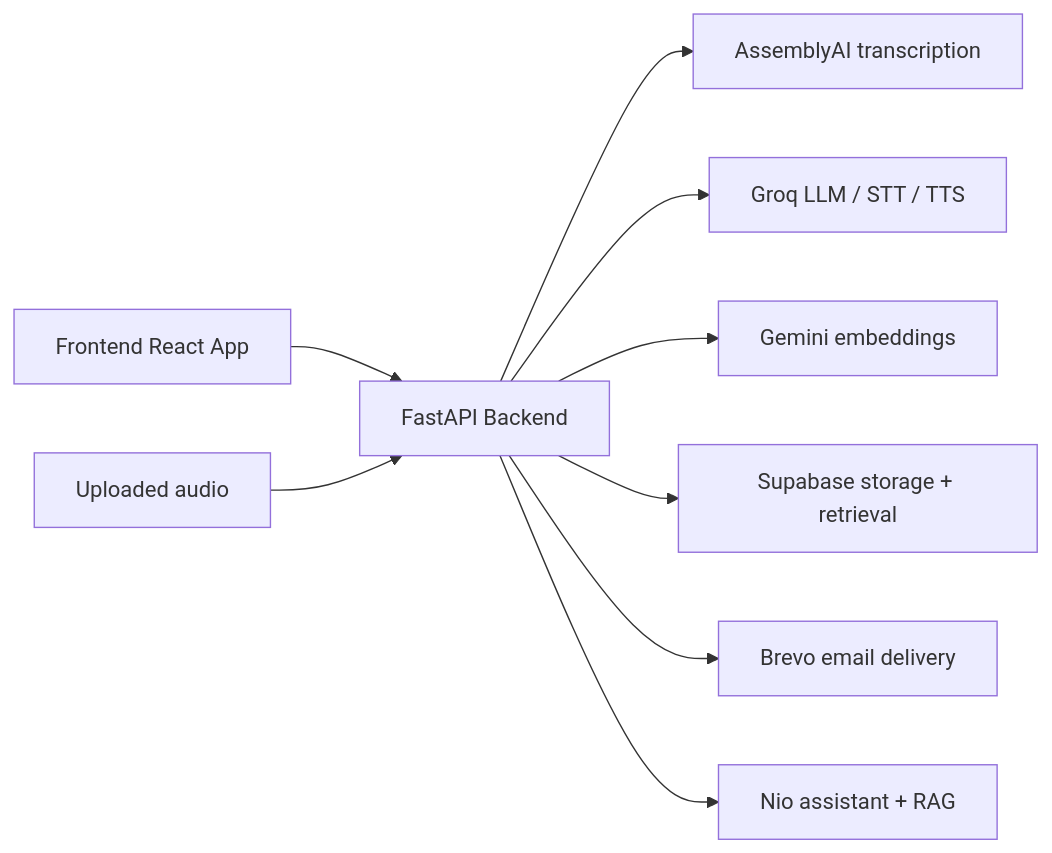
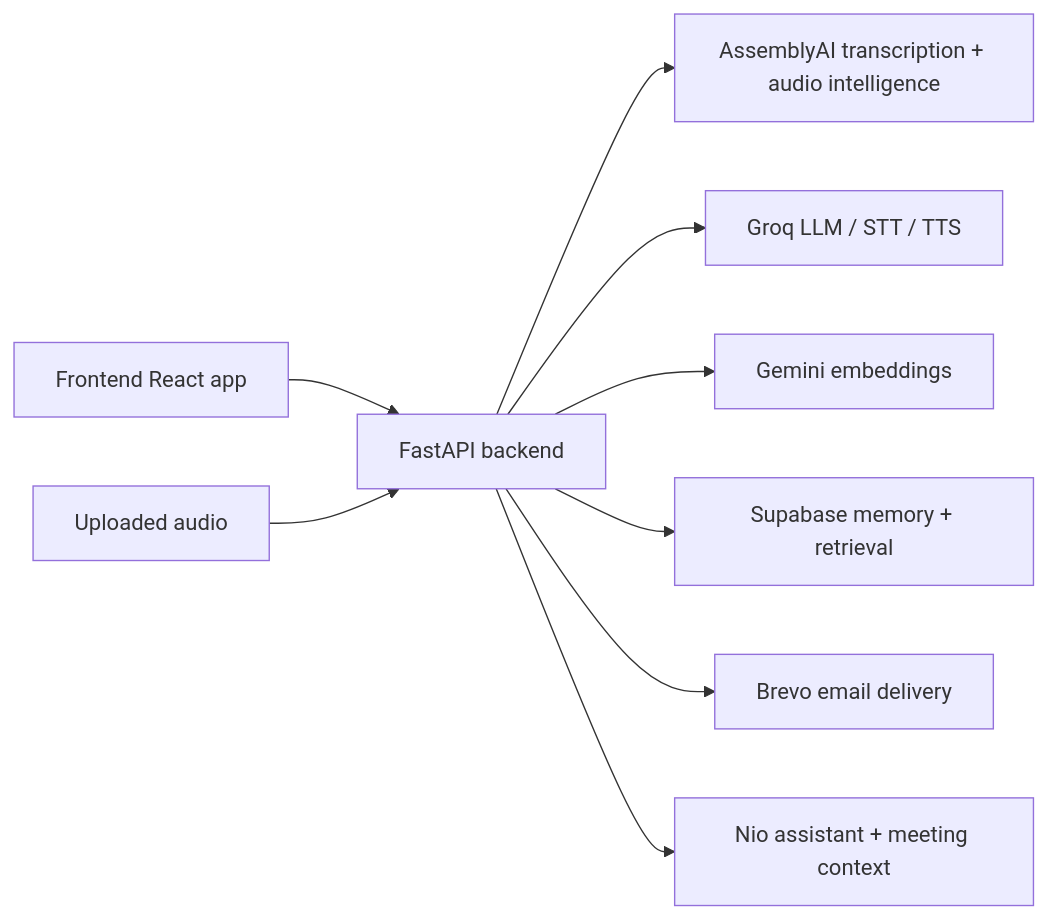
The diagram in README.md (adetu-siyan/meetcore), drawn with Mermaid before and after one commit. The commit also changed other lines of this file, not shown here.

````diff
--- a/README.md
+++ b/README.md
@@ -26,11 +28,11 @@
 ```mermaid
 flowchart LR
-    A[Frontend React App] --> B[FastAPI Backend]
-    B --> C[AssemblyAI transcription]
+    A[Frontend React app] --> B[FastAPI backend]
+    B --> C[AssemblyAI transcription + audio intelligence]
     B --> D[Groq LLM / STT / TTS]
     B --> E[Gemini embeddings]
-    B --> F[Supabase storage + retrieval]
+    B --> F[Supabase memory + retrieval]
     B --> G[Brevo email delivery]
     H[Uploaded audio] --> B
-    B --> I[Nio assistant + RAG]
+    B --> I[Nio assistant + meeting context]
 ```
````
